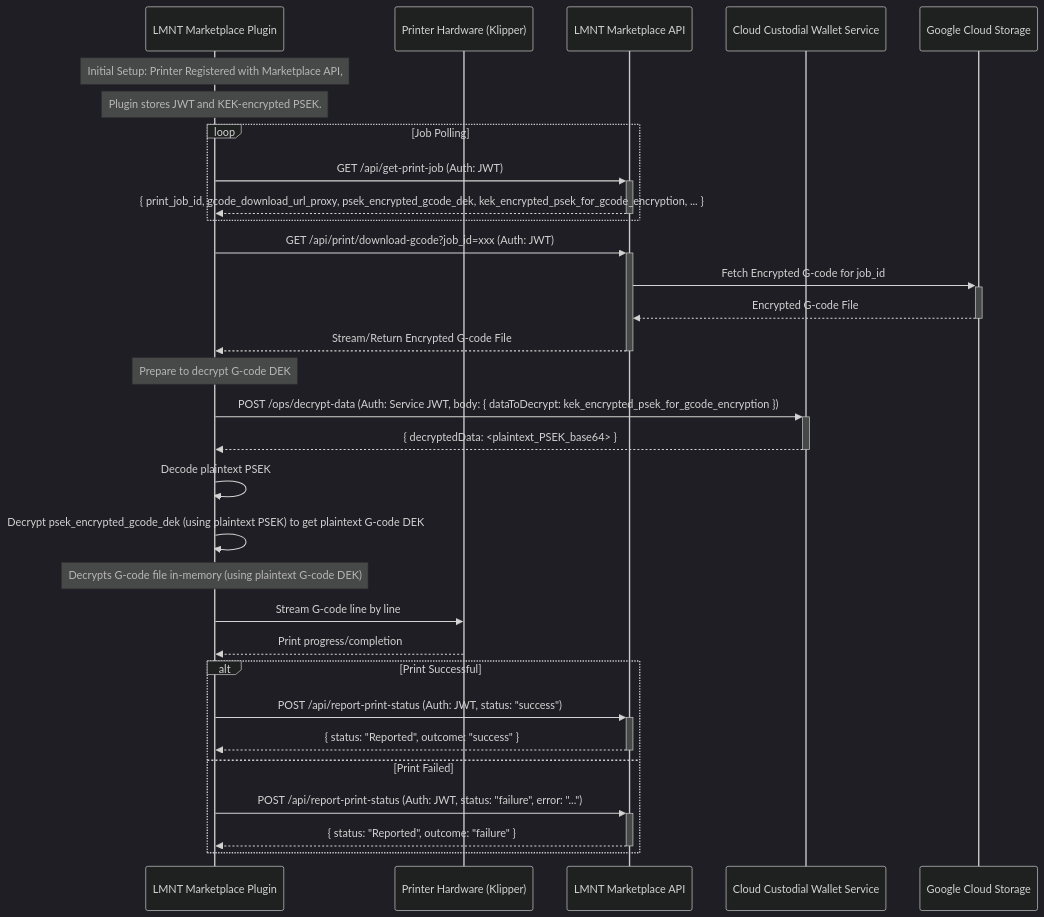
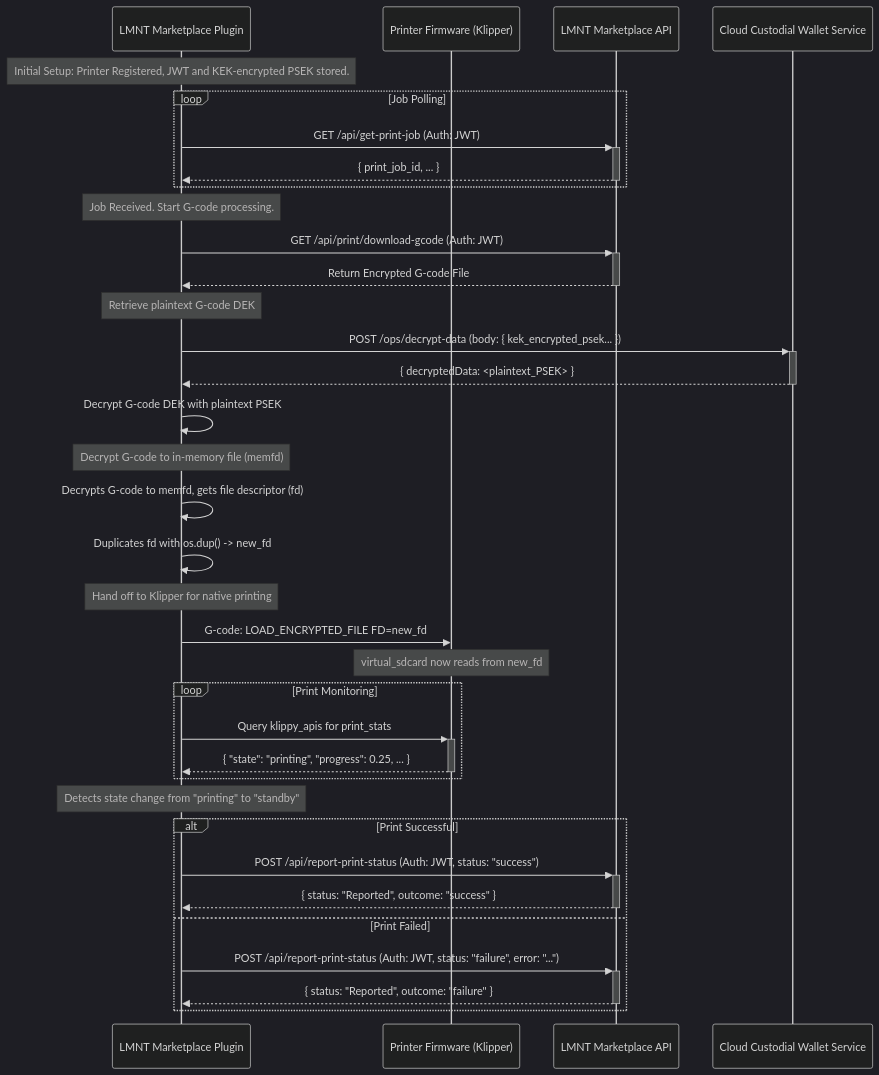
One commit to djsplice/lmnt_marketplace_plugin changed the diagram in docs/plugin_workflow.md. Above: the diagram before and after it, drawn with Mermaid (dark theme). The commit also changed other lines of this file and 4 other files, not shown here.

````diff
--- a/docs/plugin_workflow.md
+++ b/docs/plugin_workflow.md
@@ -104,40 +84,46 @@
 ```mermaid
 sequenceDiagram
     participant Plugin as LMNT Marketplace Plugin
-    participant PrinterHW as Printer Hardware (Klipper)
+    participant Klipper as Printer Firmware (Klipper)
     participant MarketplaceAPI as LMNT Marketplace API
     participant CWS as Cloud Custodial Wallet Service
-    participant GCS as Google Cloud Storage
 
-    Note over Plugin: Initial Setup: Printer Registered with Marketplace API,
-    Note over Plugin: Plugin stores JWT and KEK-encrypted PSEK.
+    Note over Plugin: Initial Setup: Printer Registered, JWT and KEK-encrypted PSEK stored.
 
     loop Job Polling
         Plugin->>+MarketplaceAPI: GET /api/get-print-job (Auth: JWT)
-        MarketplaceAPI-->>-Plugin: { print_job_id, gcode_download_url_proxy, psek_encrypted_gcode_dek, kek_encrypted_psek_for_gcode_encryption, ... }
+        MarketplaceAPI-->>-Plugin: { print_job_id, ... }
     end
 
-    Plugin->>+MarketplaceAPI: GET /api/print/download-gcode?job_id=xxx (Auth: JWT)
-    MarketplaceAPI->>+GCS: Fetch Encrypted G-code for job_id
-    GCS-->>-MarketplaceAPI: Encrypted G-code File
-    MarketplaceAPI-->>-Plugin: Stream/Return Encrypted G-code File
+    Note over Plugin: Job Received. Start G-code processing.
+    Plugin->>+MarketplaceAPI: GET /api/print/download-gcode (Auth: JWT)
+    MarketplaceAPI-->>-Plugin: Return Encrypted G-code File
 
-    Note over Plugin: Prepare to decrypt G-code DEK
-    Plugin->>+CWS: POST /ops/decrypt-data (Auth: Service JWT, body: { dataToDecrypt: kek_encrypted_psek_for_gcode_encryption })
-    CWS-->>-Plugin: { decryptedData: <plaintext_PSEK_base64> }
-    Plugin->>Plugin: Decode plaintext PSEK
-    Plugin->>Plugin: Decrypt psek_encrypted_gcode_dek (using plaintext PSEK) to get plaintext G-code DEK
+    Note over Plugin: Retrieve plaintext G-code DEK
+    Plugin->>+CWS: POST /ops/decrypt-data (body: { kek_encrypted_psek... })
+    CWS-->>-Plugin: { decryptedData: <plaintext_PSEK> }
+    Plugin->>Plugin: Decrypt G-code DEK with plaintext PSEK
 
-    Note over Plugin: Decrypts G-code file in-memory (using plaintext G-code DEK)
+    Note over Plugin: Decrypt G-code to in-memory file (memfd)
+    Plugin->>Plugin: Decrypts G-code to memfd, gets file descriptor (fd)
+    Plugin->>Plugin: Duplicates fd with os.dup() -> new_fd
 
-    Plugin->>PrinterHW: Stream G-code line by line
-    PrinterHW-->>Plugin: Print progress/completion
+    Note over Plugin: Hand off to Klipper for native printing
+    Plugin->>Klipper: G-code: LOAD_ENCRYPTED_FILE FD=new_fd
+    Note over Klipper: virtual_sdcard now reads from new_fd
+
+    loop Print Monitoring
+        Plugin->>+Klipper: Query klippy_apis for print_stats
+        Klipper-->>-Plugin: { "state": "printing", "progress": 0.25, ... }
+    end
+
+    Note over Plugin: Detects state change from "printing" to "standby"
 
     alt Print Successful
         Plugin->>+MarketplaceAPI: POST /api/report-print-status (Auth: JWT, status: "success")
         MarketplaceAPI-->>-Plugin: { status: "Reported", outcome: "success" }
     else Print Failed
         Plugin->>+MarketplaceAPI: POST /api/report-print-status (Auth: JWT, status: "failure", error: "...")
         MarketplaceAPI-->>-Plugin: { status: "Reported", outcome: "failure" }
     end
 ```
````
